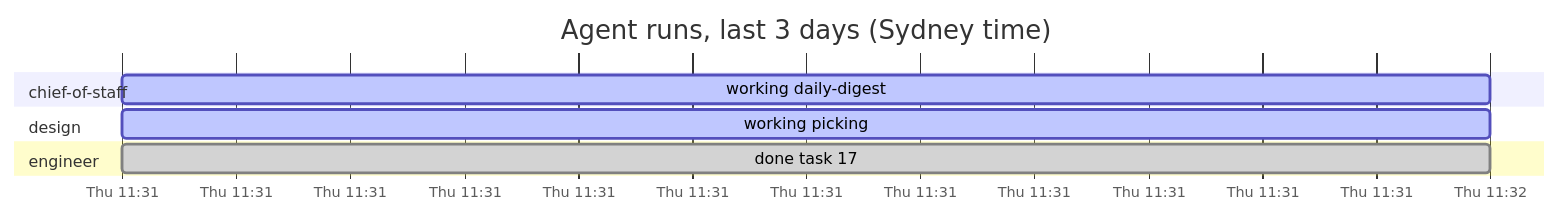
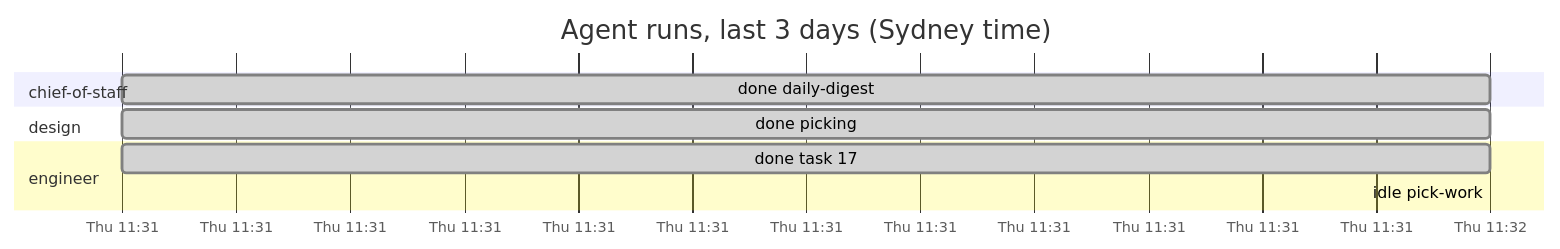
The diagram in dashboard.md (roulmediateam-byte/fifteen-expert-hq), drawn with Mermaid before and after one commit. The commit also changed other lines of this file and 1 other file, not shown here.

````diff
--- a/dashboard.md
+++ b/dashboard.md
@@ -29,12 +31,13 @@
 ```mermaid
 gantt
     title Agent runs, last 3 days (Sydney time)
     dateFormat YYYY-MM-DD HH:mm
     axisFormat %a %H:%M
     section chief-of-staff
-    working daily-digest :active, 2026-11-05 11:31, 2026-11-05 11:32
+    done daily-digest :done, 2026-11-05 11:31, 2026-11-05 11:32
     section design
-    working picking :active, 2026-11-05 11:31, 2026-11-05 11:32
+    done picking :done, 2026-11-05 11:31, 2026-11-05 11:32
     section engineer
     done task 17 :done, 2026-11-05 11:31, 2026-11-05 11:32
+    idle pick-work :done, 2026-11-05 11:32, 2026-11-05 11:32
 ```
````
